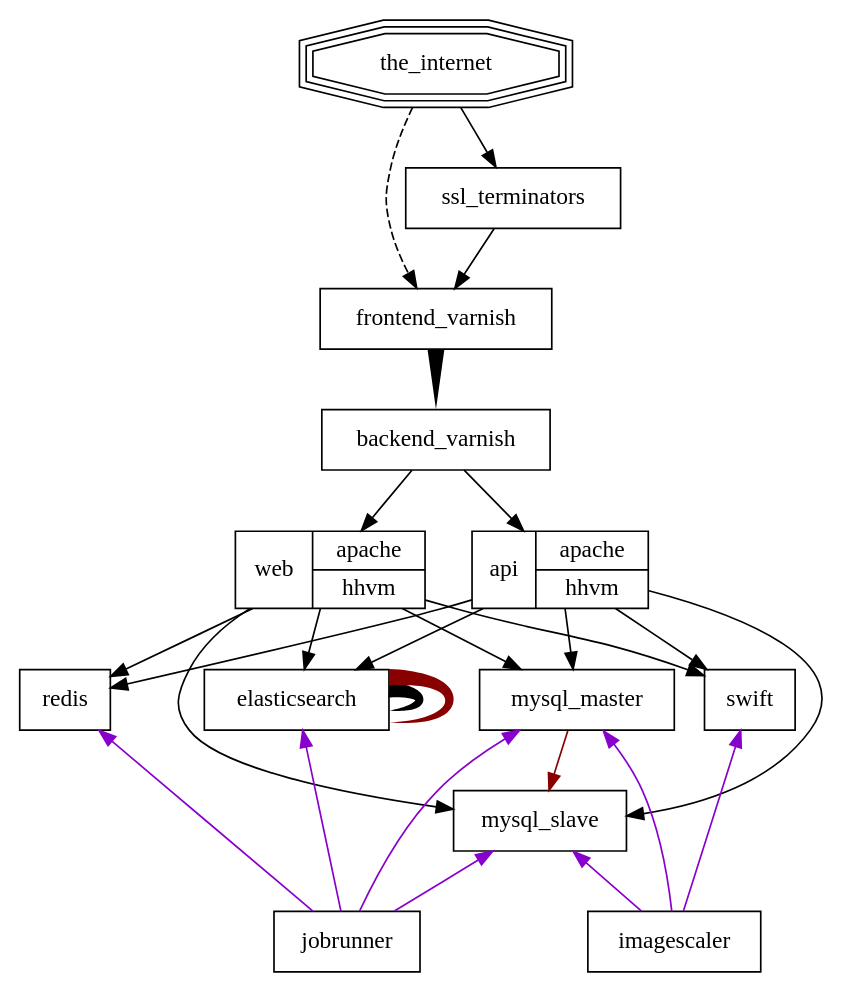
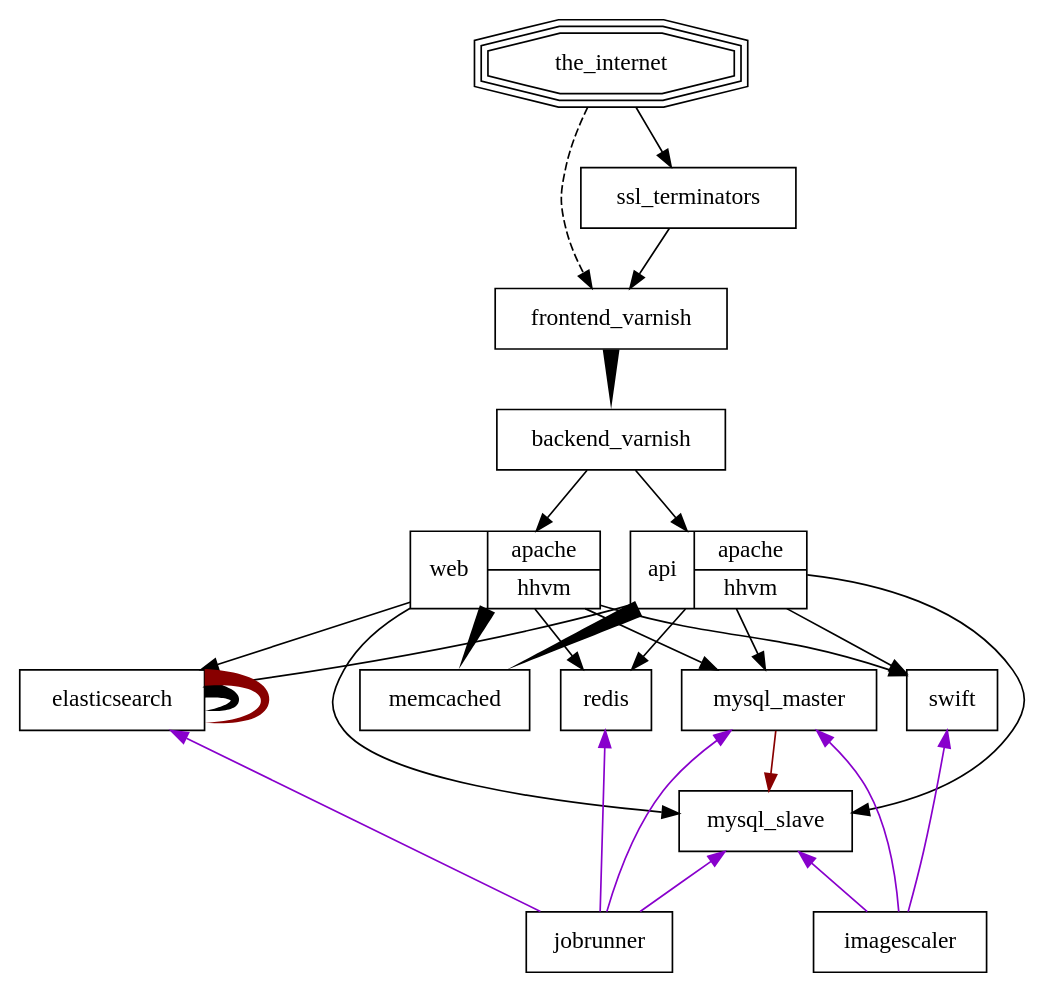
The diagram in diagram.dot (nik9000/wikimedia_diagram), drawn with Graphviz before and after one commit. The commit also changed 1 other file, not shown here.

Commit message:
Add memcached

```diff
--- a/diagram.dot
+++ b/diagram.dot
@@ -1,35 +1,36 @@
 digraph WMF {
   splines=true;
   sep = 1;
   node [shape=box];
   subgraph web_traffic {
     the_internet -> ssl_terminators;
     the_internet -> frontend_varnish [style=dashed];
     ssl_terminators -> frontend_varnish;
     frontend_varnish -> backend_varnish [style=tapered, penwidth=10, arrowhead=none];
     backend_varnish -> {web:apache, api:hhvm};
     {web:hhvm, api:hhvm} -> {mysql_master, mysql_slave, redis, elasticsearch, swift};
+    {web:hhvm, api:hhvm} -> memcached [style=tapered, penwidth=10, arrowhead=none];
     elasticsearch -> elasticsearch [style=tapered, penwidth=10, arrowhead=none];
   }
   subgraph jobs {
     // These arrows are reversed so dot will throw these nodes under the web_traffic ones
     edge [color="#8800cc", dir="back"]
     {mysql_master, mysql_slave, redis, elasticsearch} -> jobrunner;
     {mysql_master, mysql_slave, swift} -> imagescaler;
     /*
      * While technically Elasticsearch does forward request to itself for jobs as well as web
      * traffic, it makes the graph really hard to read when its on there so I've commented it
      * out. Hopefully its still obvious.
      */
     // elasticsearch -> elasticsearch [dir="forward", style=tapered, penwidth=10, arrowhead=none];
   }
   subgraph replication {
     edge [color="#880000"]
     mysql_master -> mysql_slave;
     elasticsearch -> elasticsearch [style=tapered, penwidth=10, arrowhead=none];
   }
 
   the_internet [shape=tripleoctagon];
   web [shape=record, label="web | {<apache>apache | <hhvm>hhvm}"]
   api [shape=record, label="api | {<apache>apache | <hhvm>hhvm}"]
 }
```
